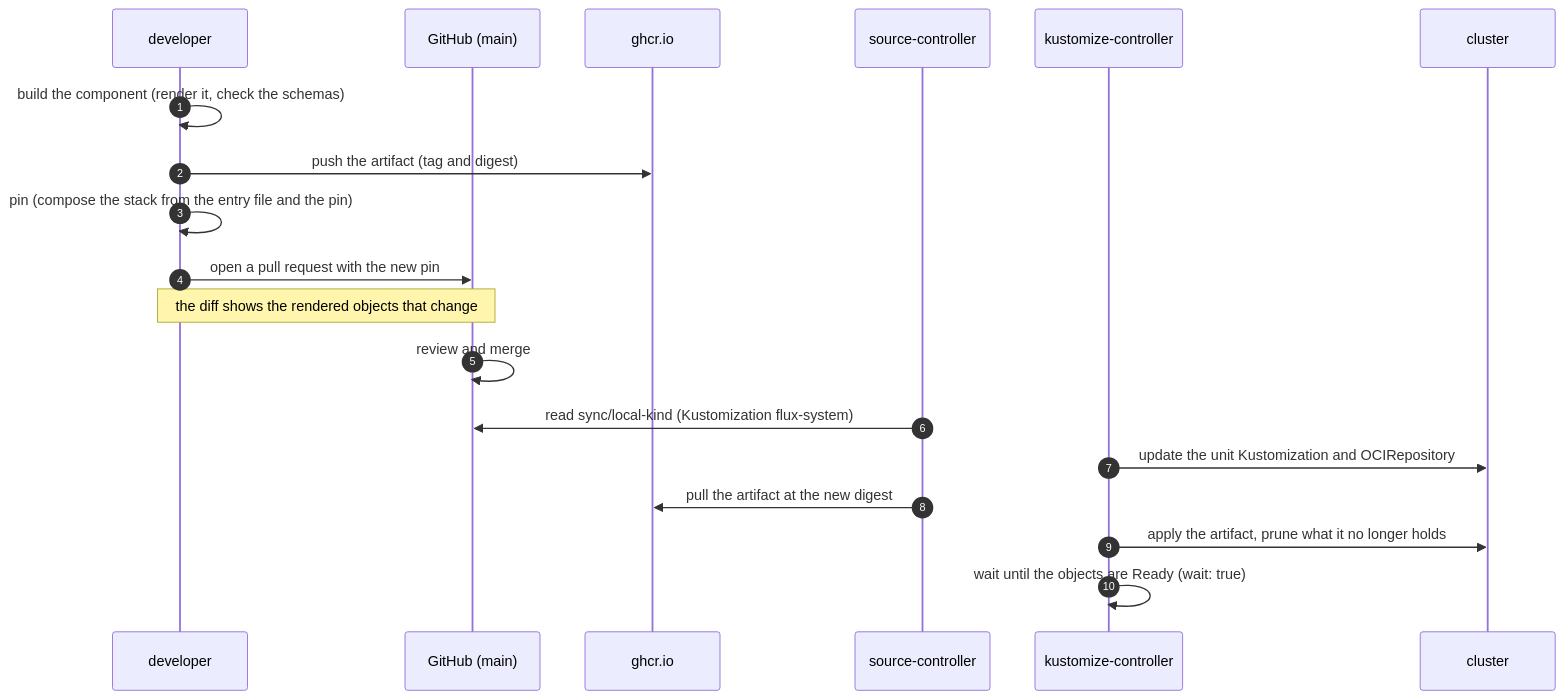
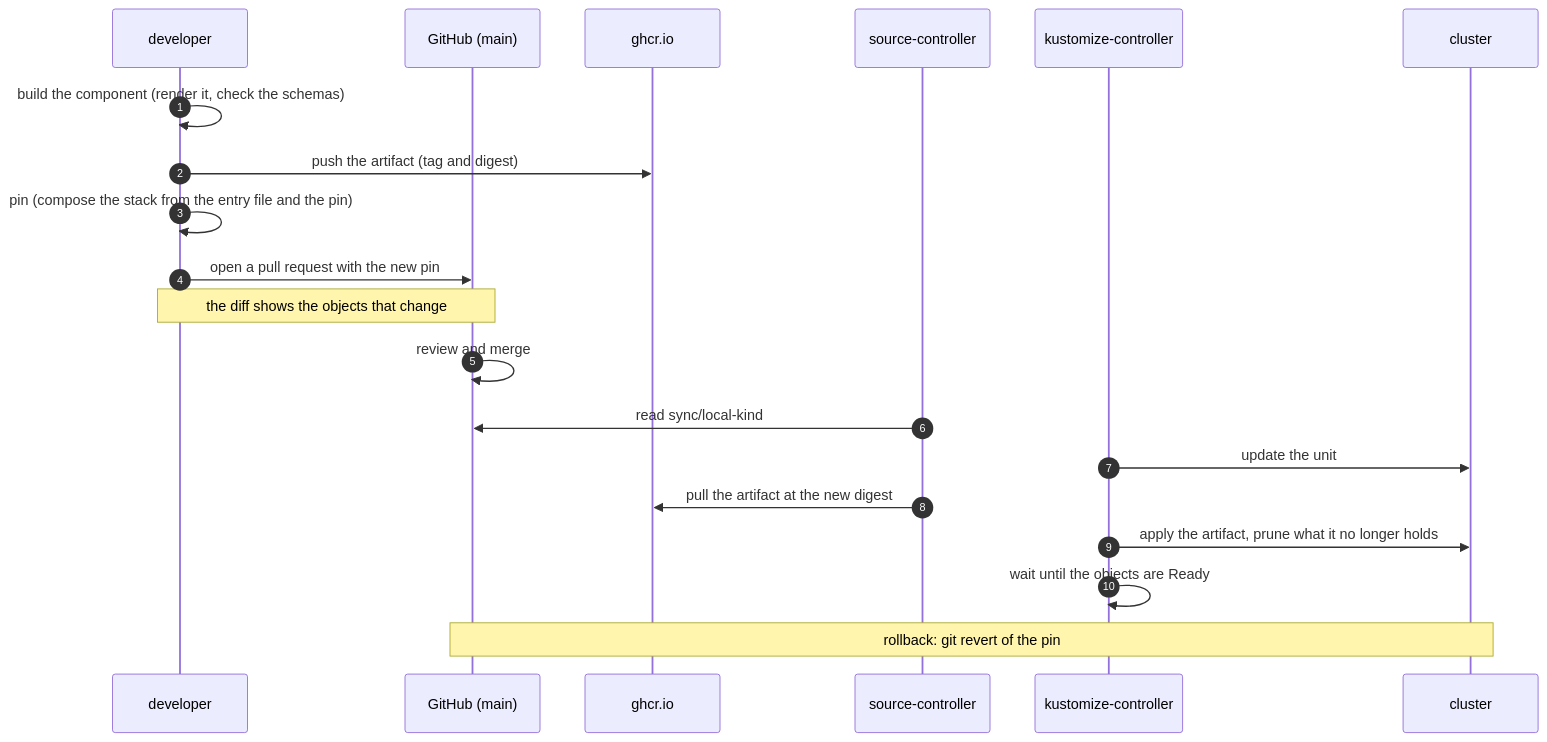
Before and after one commit to raghav19/engineersdaybook: the second of 3 diagrams in code/mcp-sandbox/part-3-mcp-guardrails/docs/orchestration.md, drawn with Mermaid. The commit also changed other lines of this file and 1 other file, not shown here.

````diff
--- a/code/mcp-sandbox/part-3-mcp-guardrails/docs/orchestration.md
+++ b/code/mcp-sandbox/part-3-mcp-guardrails/docs/orchestration.md
@@ -83,22 +68,23 @@
 ```mermaid
 sequenceDiagram
     autonumber
     participant D as developer
     participant G as GitHub (main)
     participant R as ghcr.io
     participant S as source-controller
     participant C as kustomize-controller
     participant K as cluster
 
     D->>D: build the component (render it, check the schemas)
     D->>R: push the artifact (tag and digest)
     D->>D: pin (compose the stack from the entry file and the pin)
     D->>G: open a pull request with the new pin
-    Note over D,G: the diff shows the rendered objects that change
+    Note over D,G: the diff shows the objects that change
     G->>G: review and merge
-    S->>G: read sync/local-kind (Kustomization flux-system)
-    C->>K: update the unit Kustomization and OCIRepository
+    S->>G: read sync/local-kind
+    C->>K: update the unit
     S->>R: pull the artifact at the new digest
     C->>K: apply the artifact, prune what it no longer holds
-    C->>C: wait until the objects are Ready (wait: true)
+    C->>C: wait until the objects are Ready
+    Note over G,K: rollback: git revert of the pin
 ```
````
